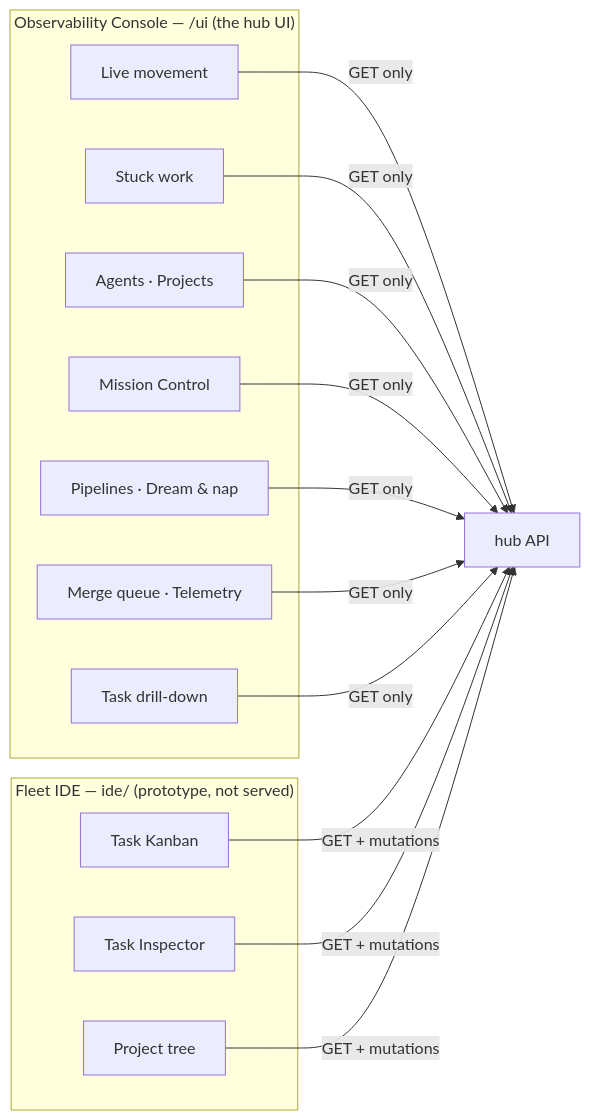
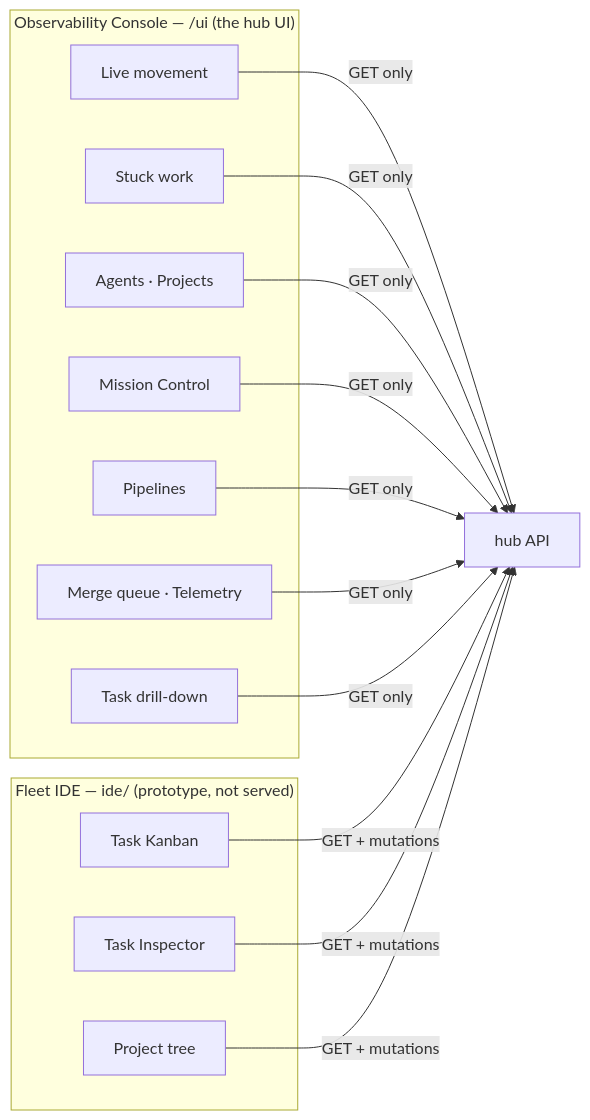
One commit to jordanhubbard/mac changed the diagram in docs/guide/04-ui.md. Above: the diagram before and after it, drawn with Mermaid. The commit also changed other lines of this file and 102 other files, not shown here.

````diff
--- a/docs/guide/04-ui.md
+++ b/docs/guide/04-ui.md
@@ -15,20 +15,20 @@
 ```mermaid
 graph LR
     subgraph "Observability Console — /ui (the hub UI)"
         C1["Live movement"]
         C2["Stuck work"]
         C3["Agents · Projects"]
         C3b["Mission Control"]
-        C4["Pipelines · Dream & nap"]
+        C4["Pipelines"]
         C5["Merge queue · Telemetry"]
         C6["Task drill-down"]
     end
     subgraph "Fleet IDE — ide/ (prototype, not served)"
         I1["Task Kanban"]
         I2["Task Inspector"]
         I3["Project tree"]
     end
     API["hub API"]
     C1 & C2 & C3 & C3b & C4 & C5 & C6 -->|GET only| API
     I1 & I2 & I3 -->|GET + mutations| API
 ```
````
